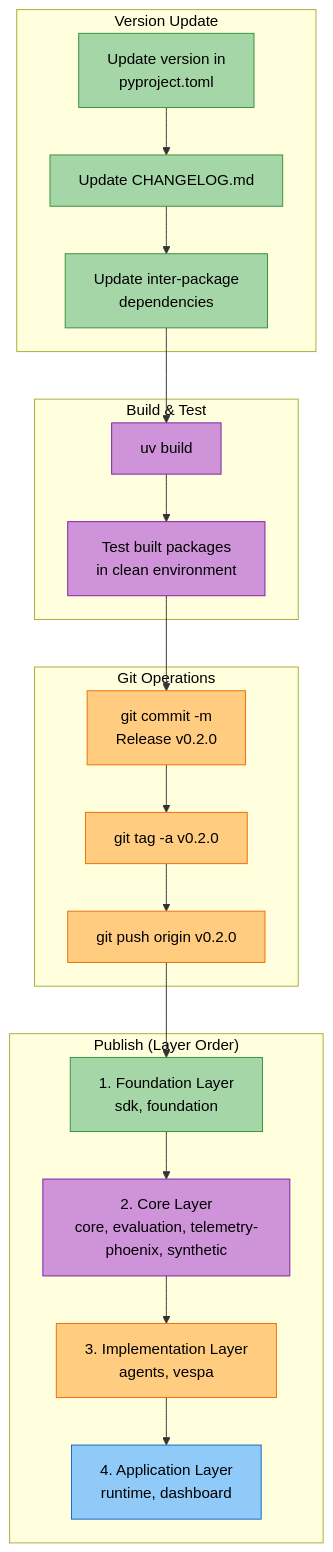
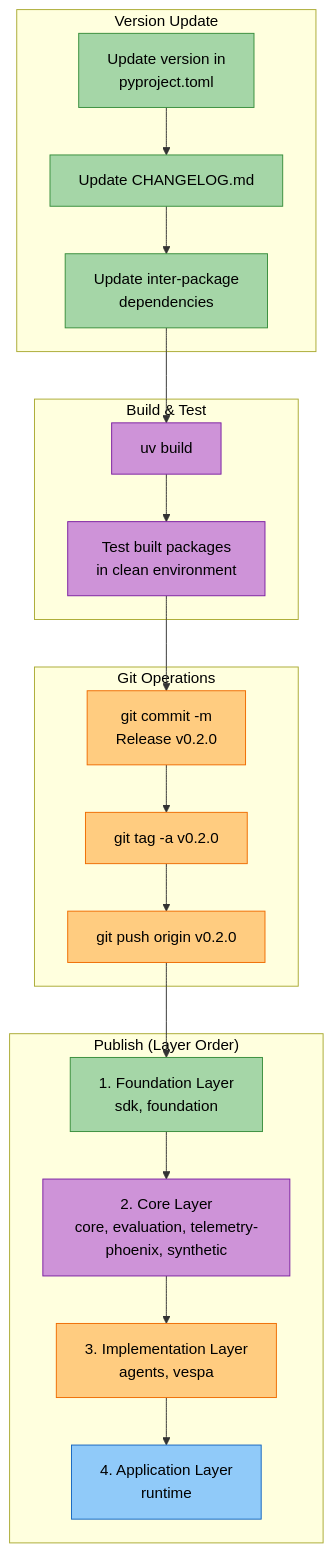
One commit to amit-jain/cogniverse changed diagram 25 of 26 in docs/diagrams/sdk-architecture-diagrams.md. Above: the diagram before and after it, drawn with Mermaid. The commit also changed other lines of this file and 241 other files, not shown here.

````diff
--- a/docs/diagrams/sdk-architecture-diagrams.md
+++ b/docs/diagrams/sdk-architecture-diagrams.md
@@ -1545,52 +1464,52 @@
 ```mermaid
 flowchart TB
     subgraph VersionUpdate["<span style='color:#000'>Version Update</span>"]
         UpdateVersion["<span style='color:#000'>Update version in<br/>pyproject.toml</span>"]
         UpdateChangelog["<span style='color:#000'>Update CHANGELOG.md</span>"]
         UpdateDeps["<span style='color:#000'>Update inter-package<br/>dependencies</span>"]
     end
 
     subgraph BuildTest["<span style='color:#000'>Build & Test</span>"]
         BuildPkg["<span style='color:#000'>uv build</span>"]
         TestBuild["<span style='color:#000'>Test built packages<br/>in clean environment</span>"]
     end
 
     subgraph GitOps["<span style='color:#000'>Git Operations</span>"]
         CommitChanges["<span style='color:#000'>git commit -m<br/>Release v0.2.0</span>"]
         CreateTag["<span style='color:#000'>git tag -a v0.2.0</span>"]
         PushTag["<span style='color:#000'>git push origin v0.2.0</span>"]
     end
 
     subgraph Publish["<span style='color:#000'>Publish (Layer Order)</span>"]
         PublishFoundation["<span style='color:#000'>1. Foundation Layer<br/>sdk, foundation</span>"]
         PublishCore["<span style='color:#000'>2. Core Layer<br/>core, evaluation, telemetry-phoenix, synthetic</span>"]
         PublishImpl["<span style='color:#000'>3. Implementation Layer<br/>agents, vespa</span>"]
-        PublishApp["<span style='color:#000'>4. Application Layer<br/>runtime, dashboard</span>"]
+        PublishApp["<span style='color:#000'>4. Application Layer<br/>runtime</span>"]
     end
 
     UpdateVersion --> UpdateChangelog
     UpdateChangelog --> UpdateDeps
     UpdateDeps --> BuildPkg
     BuildPkg --> TestBuild
     TestBuild --> CommitChanges
     CommitChanges --> CreateTag
     CreateTag --> PushTag
 
     PushTag --> PublishFoundation
     PublishFoundation --> PublishCore
     PublishCore --> PublishImpl
     PublishImpl --> PublishApp
 
     style UpdateVersion fill:#a5d6a7,stroke:#388e3c,color:#000
     style UpdateChangelog fill:#a5d6a7,stroke:#388e3c,color:#000
     style UpdateDeps fill:#a5d6a7,stroke:#388e3c,color:#000
     style BuildPkg fill:#ce93d8,stroke:#7b1fa2,color:#000
     style TestBuild fill:#ce93d8,stroke:#7b1fa2,color:#000
     style CommitChanges fill:#ffcc80,stroke:#ef6c00,color:#000
     style CreateTag fill:#ffcc80,stroke:#ef6c00,color:#000
     style PushTag fill:#ffcc80,stroke:#ef6c00,color:#000
     style PublishFoundation fill:#a5d6a7,stroke:#388e3c,color:#000
     style PublishCore fill:#ce93d8,stroke:#7b1fa2,color:#000
     style PublishImpl fill:#ffcc80,stroke:#ef6c00,color:#000
     style PublishApp fill:#90caf9,stroke:#1565c0,color:#000
 ```
````
